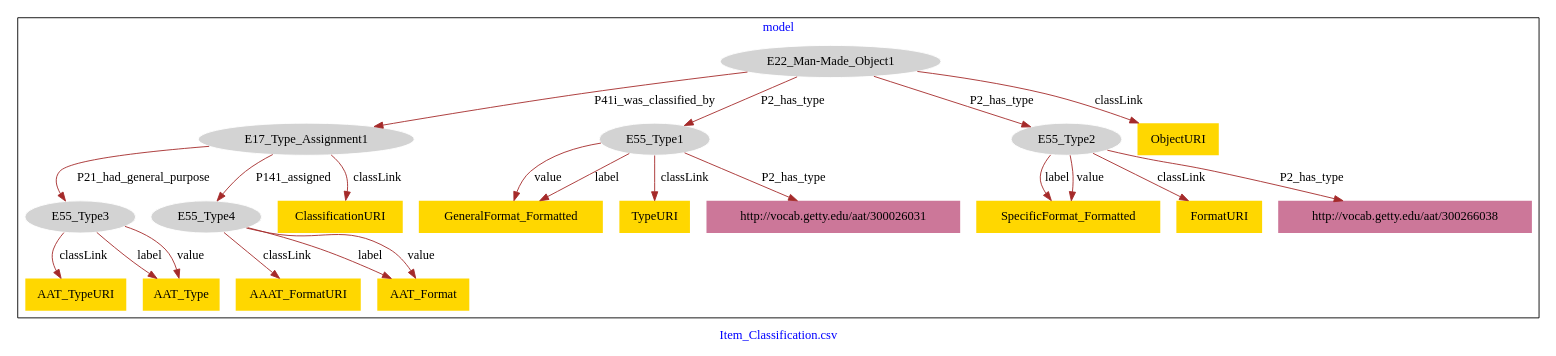
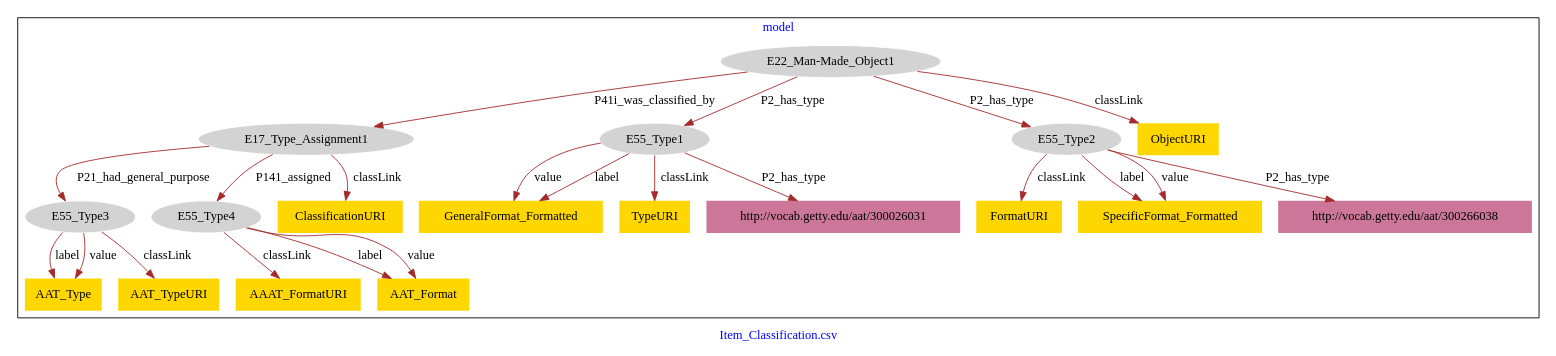
One commit to american-art/aaa changed the diagram in Item_Classification/Item_Classification-model.dot. Above: the diagram before and after it, drawn with Graphviz.

Commit message:
Update file Item_Classification-model.dot

```diff
--- a/Item_Classification/Item_Classification-model.dot
+++ b/Item_Classification/Item_Classification-model.dot
@@ -1,47 +1,47 @@
 digraph n0 {
 fontcolor="blue"
 remincross="true"
 label="Item_Classification.csv"
 subgraph cluster {
 label="model"
 n2[style="filled",color="white",fillcolor="lightgray",label="E17_Type_Assignment1"];
 n3[style="filled",color="white",fillcolor="lightgray",label="E55_Type3"];
 n4[style="filled",color="white",fillcolor="lightgray",label="E55_Type4"];
 n5[style="filled",color="white",fillcolor="lightgray",label="E22_Man-Made_Object1"];
 n6[style="filled",color="white",fillcolor="lightgray",label="E55_Type1"];
 n7[style="filled",color="white",fillcolor="lightgray",label="E55_Type2"];
-n8[shape="plaintext",style="filled",fillcolor="gold",label="AAT_TypeURI"];
+n8[shape="plaintext",style="filled",fillcolor="gold",label="ClassificationURI"];
 n9[shape="plaintext",style="filled",fillcolor="gold",label="ObjectURI"];
-n10[shape="plaintext",style="filled",fillcolor="gold",label="AAAT_FormatURI"];
-n11[shape="plaintext",style="filled",fillcolor="gold",label="GeneralFormat_Formatted"];
-n12[shape="plaintext",style="filled",fillcolor="gold",label="TypeURI"];
-n13[shape="plaintext",style="filled",fillcolor="gold",label="ClassificationURI"];
-n14[shape="plaintext",style="filled",fillcolor="gold",label="AAT_Type"];
-n15[shape="plaintext",style="filled",fillcolor="gold",label="SpecificFormat_Formatted"];
-n16[shape="plaintext",style="filled",fillcolor="gold",label="AAT_Format"];
-n17[shape="plaintext",style="filled",fillcolor="gold",label="FormatURI"];
+n10[shape="plaintext",style="filled",fillcolor="gold",label="GeneralFormat_Formatted"];
+n11[shape="plaintext",style="filled",fillcolor="gold",label="TypeURI"];
+n12[shape="plaintext",style="filled",fillcolor="gold",label="FormatURI"];
+n13[shape="plaintext",style="filled",fillcolor="gold",label="AAT_Type"];
+n14[shape="plaintext",style="filled",fillcolor="gold",label="AAAT_FormatURI"];
+n15[shape="plaintext",style="filled",fillcolor="gold",label="AAT_Format"];
+n16[shape="plaintext",style="filled",fillcolor="gold",label="SpecificFormat_Formatted"];
+n17[shape="plaintext",style="filled",fillcolor="gold",label="AAT_TypeURI"];
 n18[shape="plaintext",style="filled",fillcolor="#CC7799",label="http://vocab.getty.edu/aat/300026031"];
 n19[shape="plaintext",style="filled",fillcolor="#CC7799",label="http://vocab.getty.edu/aat/300266038"];
 }
 n2 -> n3[color="brown",fontcolor="black",label="P21_had_general_purpose"]
 n2 -> n4[color="brown",fontcolor="black",label="P141_assigned"]
 n5 -> n2[color="brown",fontcolor="black",label="P41i_was_classified_by"]
 n5 -> n6[color="brown",fontcolor="black",label="P2_has_type"]
 n5 -> n7[color="brown",fontcolor="black",label="P2_has_type"]
-n3 -> n8[color="brown",fontcolor="black",label="classLink"]
+n2 -> n8[color="brown",fontcolor="black",label="classLink"]
 n5 -> n9[color="brown",fontcolor="black",label="classLink"]
-n4 -> n10[color="brown",fontcolor="black",label="classLink"]
-n6 -> n11[color="brown",fontcolor="black",label="value"]
-n6 -> n12[color="brown",fontcolor="black",label="classLink"]
-n2 -> n13[color="brown",fontcolor="black",label="classLink"]
-n3 -> n14[color="brown",fontcolor="black",label="label"]
-n7 -> n15[color="brown",fontcolor="black",label="label"]
-n4 -> n16[color="brown",fontcolor="black",label="label"]
-n7 -> n17[color="brown",fontcolor="black",label="classLink"]
-n6 -> n11[color="brown",fontcolor="black",label="label"]
-n7 -> n15[color="brown",fontcolor="black",label="value"]
-n3 -> n14[color="brown",fontcolor="black",label="value"]
+n6 -> n10[color="brown",fontcolor="black",label="value"]
+n6 -> n11[color="brown",fontcolor="black",label="classLink"]
+n7 -> n12[color="brown",fontcolor="black",label="classLink"]
+n3 -> n13[color="brown",fontcolor="black",label="label"]
+n4 -> n14[color="brown",fontcolor="black",label="classLink"]
+n4 -> n15[color="brown",fontcolor="black",label="label"]
+n7 -> n16[color="brown",fontcolor="black",label="label"]
+n3 -> n17[color="brown",fontcolor="black",label="classLink"]
+n7 -> n16[color="brown",fontcolor="black",label="value"]
+n6 -> n10[color="brown",fontcolor="black",label="label"]
+n3 -> n13[color="brown",fontcolor="black",label="value"]
 n6 -> n18[color="brown",fontcolor="black",label="P2_has_type"]
 n7 -> n19[color="brown",fontcolor="black",label="P2_has_type"]
-n4 -> n16[color="brown",fontcolor="black",label="value"]
+n4 -> n15[color="brown",fontcolor="black",label="value"]
 }
```
